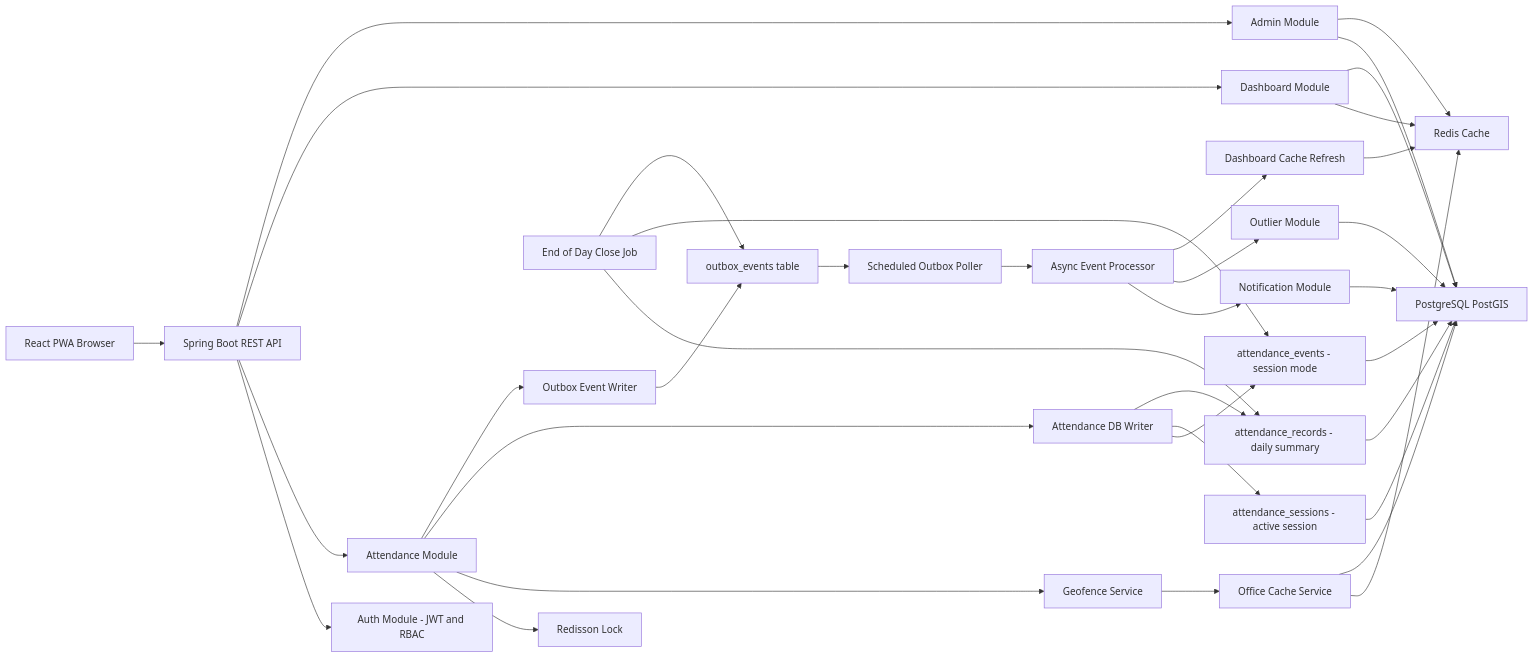
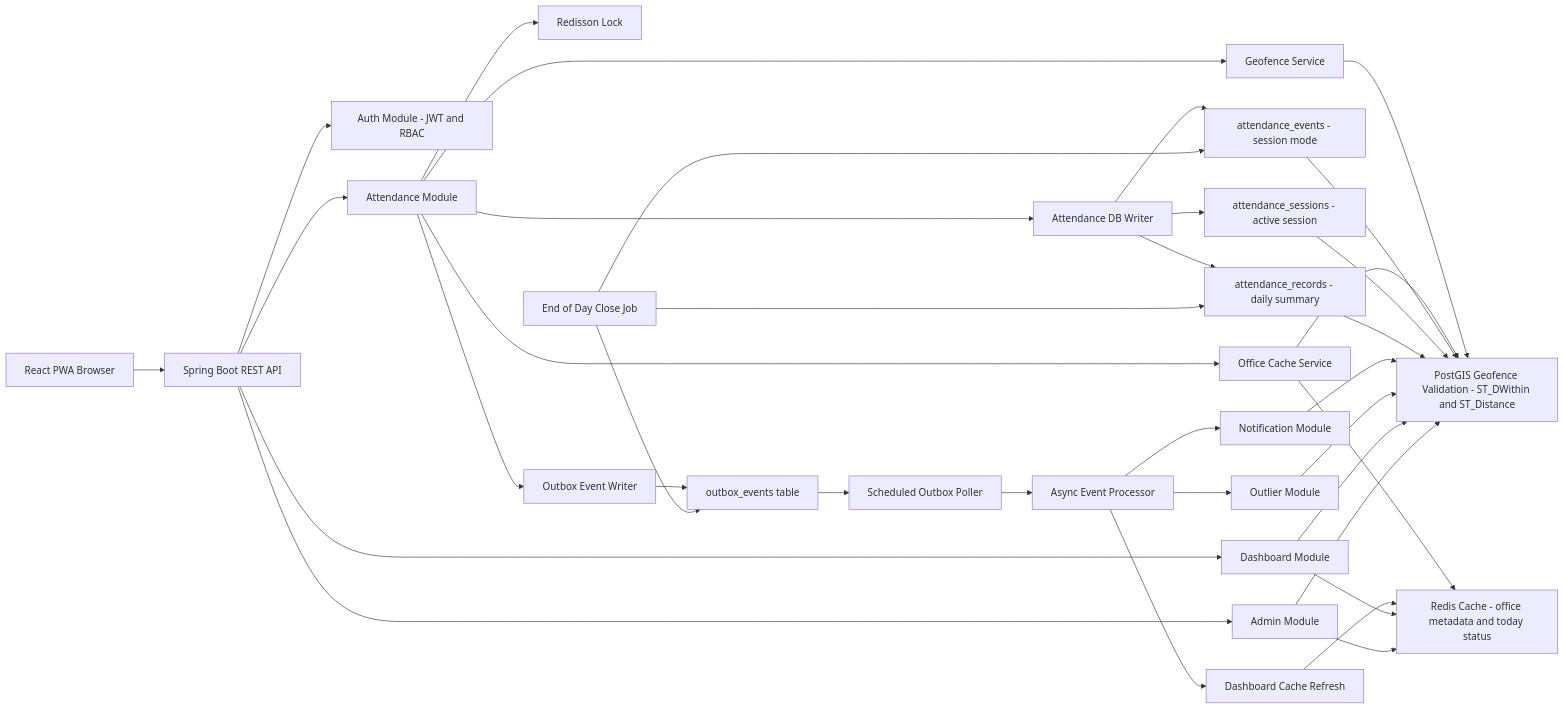
Before and after one commit to ashu843118/wfh-wfo-attendance-system: the diagram in docs/architecture.md, drawn with Mermaid. The commit also changed other lines of this file and 16 other files, not shown here.

````diff
--- a/docs/architecture.md
+++ b/docs/architecture.md
@@ -9,48 +9,50 @@
 ```mermaid
 flowchart LR
     Browser["React PWA Browser"] --> API["Spring Boot REST API"]
 
     API --> Auth["Auth Module - JWT and RBAC"]
     API --> Attendance["Attendance Module"]
     API --> Dashboard["Dashboard Module"]
     API --> Admin["Admin Module"]
 
     Attendance --> Lock["Redisson Lock"]
     Attendance --> Geo["Geofence Service"]
     Attendance --> DBWrite["Attendance DB Writer"]
     Attendance --> OutboxWriter["Outbox Event Writer"]
 
-    Geo --> OfficeCache["Office Cache Service"]
-    OfficeCache --> Redis["Redis Cache"]
-    OfficeCache --> PostGIS["PostgreSQL PostGIS"]
+    Geo --> PostGIS["PostGIS Geofence Validation - ST_DWithin and ST_Distance"]
+
+    Attendance --> OfficeCache["Office Cache Service"]
+    OfficeCache --> Redis["Redis Cache - office metadata and today status"]
+    OfficeCache --> PostGIS
 
     DBWrite --> Events["attendance_events - session mode"]
     DBWrite --> Sessions["attendance_sessions - active session"]
     DBWrite --> Records["attendance_records - daily summary"]
 
     Events --> PostGIS
     Sessions --> PostGIS
     Records --> PostGIS
 
     OutboxWriter --> OutboxTable["outbox_events table"]
     OutboxTable --> Scheduler["Scheduled Outbox Poller"]
     Scheduler --> AsyncProcessor["Async Event Processor"]
 
     AsyncProcessor --> Notification["Notification Module"]
     AsyncProcessor --> Outlier["Outlier Module"]
     AsyncProcessor --> CacheRefresh["Dashboard Cache Refresh"]
 
     Notification --> PostGIS
     Outlier --> PostGIS
     CacheRefresh --> Redis
 
     Dashboard --> Redis
     Dashboard --> PostGIS
 
     Admin --> PostGIS
     Admin --> Redis
 
     EOD["End of Day Close Job"] --> Records
     EOD --> Events
     EOD --> OutboxTable
 ```
````
